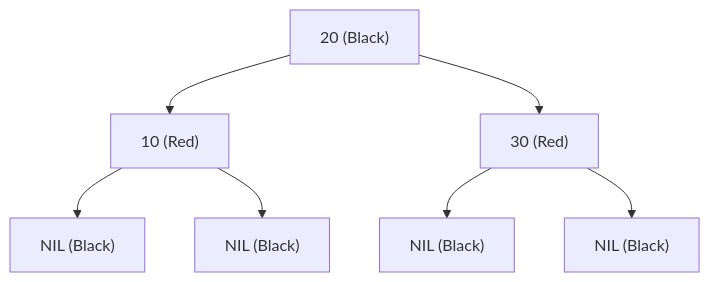
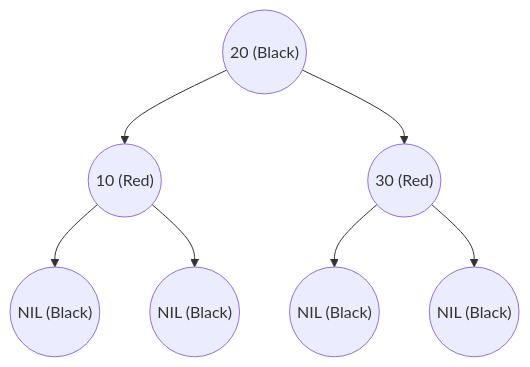
One commit to imdeepmind/imdeepmind.github.io changed the sixth of 31 diagrams in docs/data-structure-and-algorithms/data-structures/tree/search-tree/self-balancing-bst/red-black.md. Above: the diagram before and after it, drawn with Mermaid. The commit also changed other lines of this file, not shown here.

Commit message:
docs(tree): IMDEEPMIND-32: added docs for red black tree

````diff
--- a/docs/data-structure-and-algorithms/data-structures/tree/search-tree/self-balancing-bst/red-black.md
+++ b/docs/data-structure-and-algorithms/data-structures/tree/search-tree/self-balancing-bst/red-black.md
@@ -115,12 +123,12 @@
 ```mermaid
 graph TD
-    A["20 (Black)"]
-    A --> B["10 (Red)"]
-    A --> C["30 (Red)"]
+    A(("20 (Black)"))
+    A --> B(("10 (Red)"))
+    A --> C(("30 (Red)"))
 
-    B --> D["NIL (Black)"]
-    B --> E["NIL (Black)"]
+    B --> D(("NIL (Black)"))
+    B --> E(("NIL (Black)"))
 
-    C --> F["NIL (Black)"]
-    C --> G["NIL (Black)"]
+    C --> F(("NIL (Black)"))
+    C --> G(("NIL (Black)"))
 ```
````
